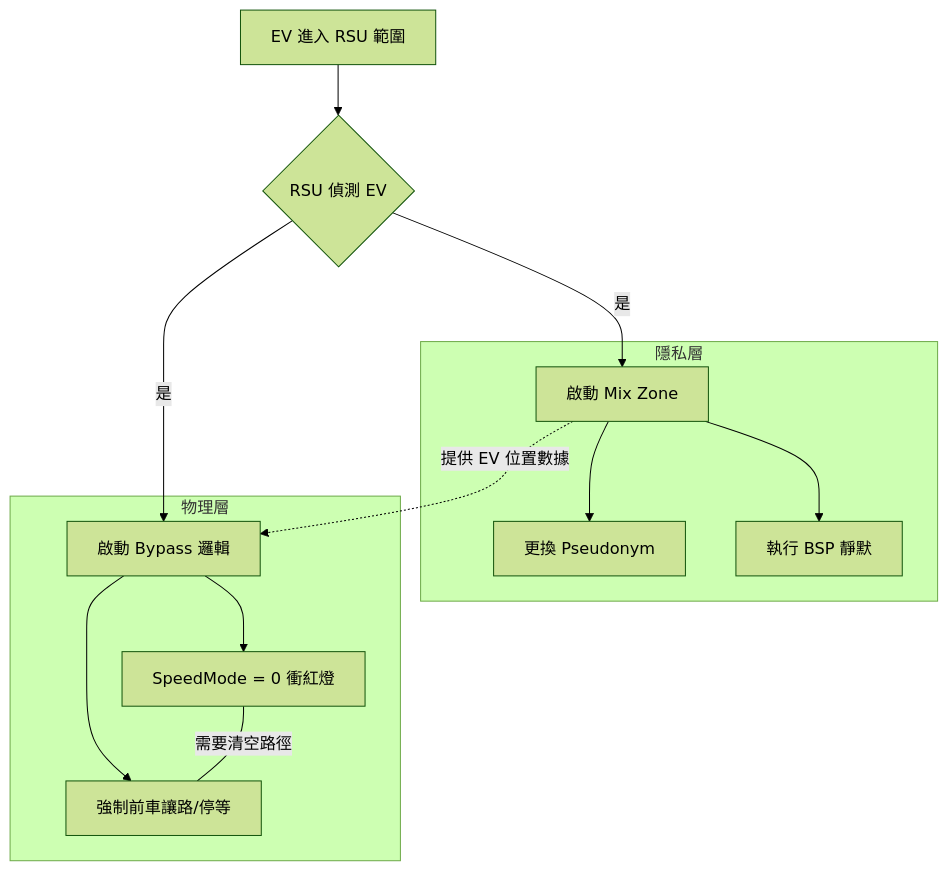
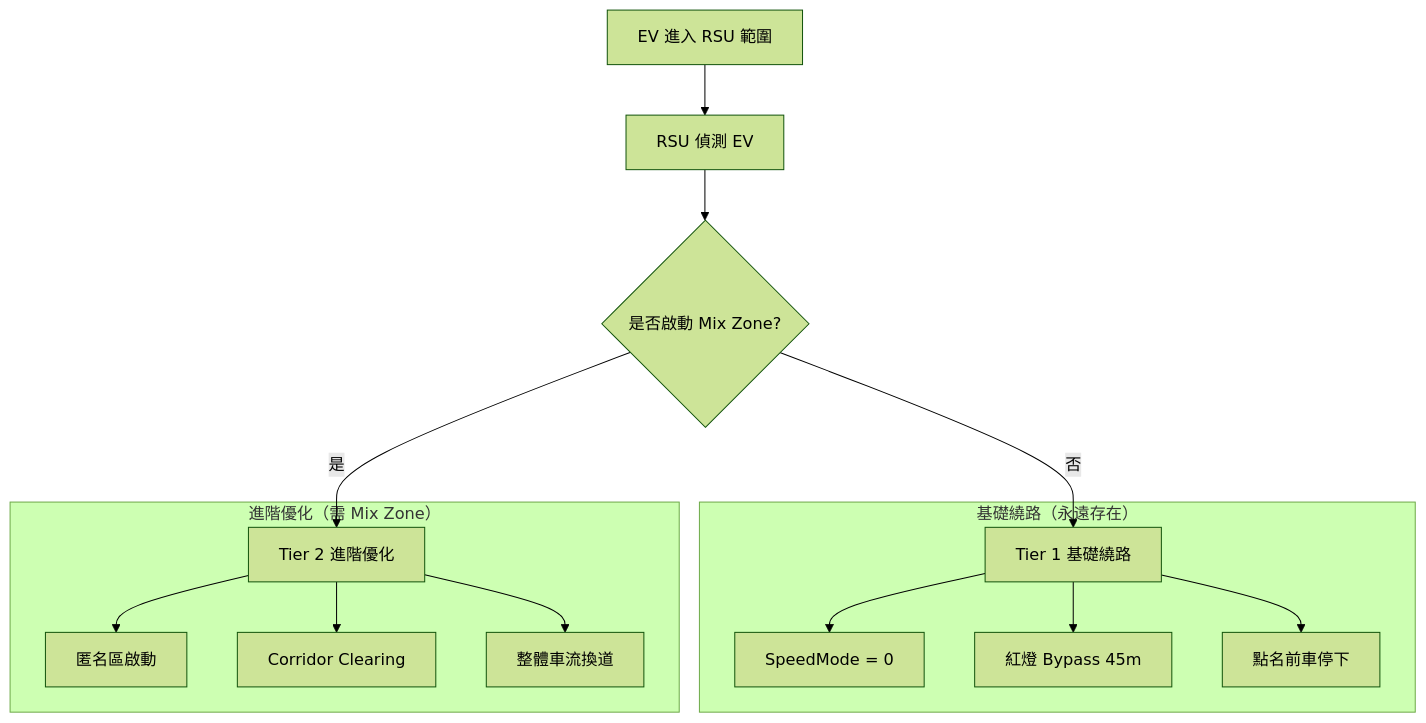
Before and after one commit to linlin7508/BSP: the first of 7 diagrams in README.md, drawn with Mermaid (forest theme). The commit also changed other lines of this file, not shown here.

````diff
--- a/README.md
+++ b/README.md
@@ -85,19 +5,21 @@
 ```mermaid
 graph TD
-    A[EV 進入 RSU 範圍] --> B{RSU 偵測 EV}
-    B -- 是 --> C[啟動 Mix Zone]
-    B -- 是 --> D[啟動 Bypass 邏輯]
-    
-    subgraph 隱私層
-    C --> C1[更換 Pseudonym]
-    C --> C2[執行 BSP 靜默]
+    A[EV 進入 RSU 範圍] --> B[RSU 偵測 EV]
+
+    B --> C{是否啟動 Mix Zone?}
+
+    C -- 否 --> D[Tier 1 基礎繞路]
+    C -- 是 --> E[Tier 2 進階優化]
+
+    subgraph Tier1 [基礎繞路（永遠存在）]
+        D --> D1[SpeedMode = 0]
+        D --> D2[紅燈 Bypass 45m]
+        D --> D3[點名前車停下]
     end
-    
-    subgraph 物理層
-    D --> D1[SpeedMode = 0 衝紅燈]
-    D --> D2[強制前車讓路/停等]
+
+    subgraph Tier2 [進階優化（需 Mix Zone）]
+        E --> E1[匿名區啟動]
+        E --> E2[Corridor Clearing]
+        E --> E3[整體車流換道]
     end
-    
-    C -. 提供 EV 位置數據 .-> D
-    D1 -- 需要清空路徑 --- D2
 ```
````
